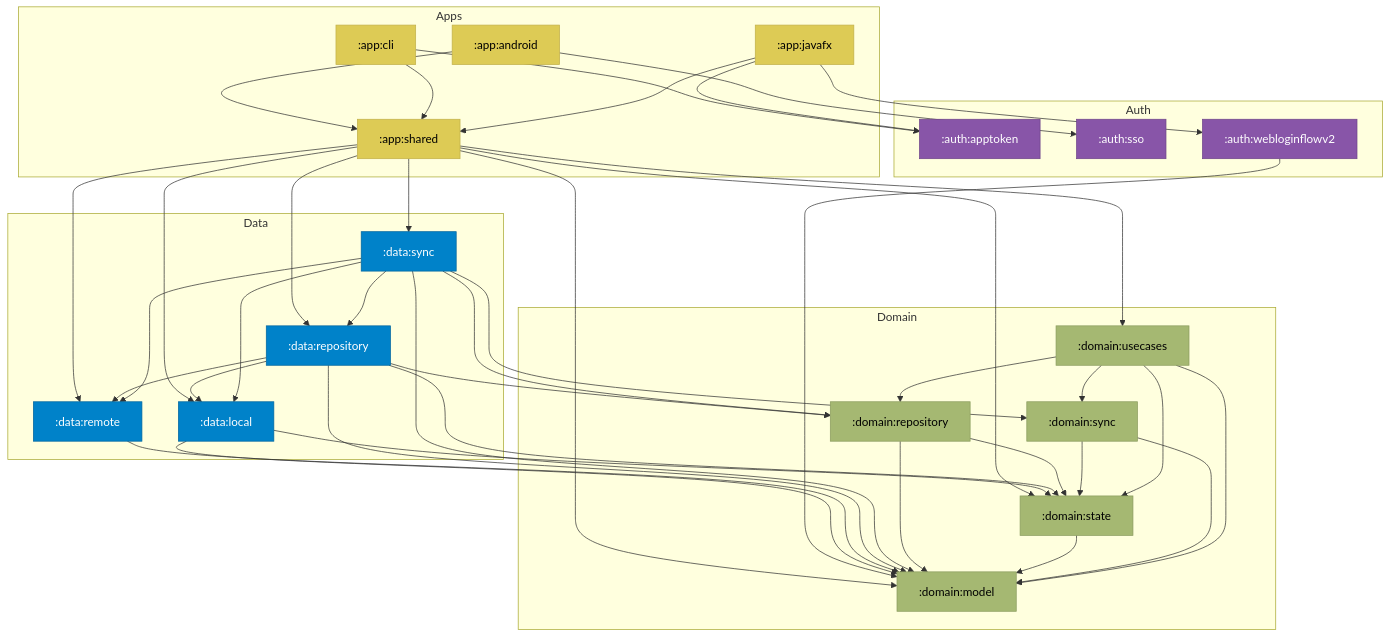
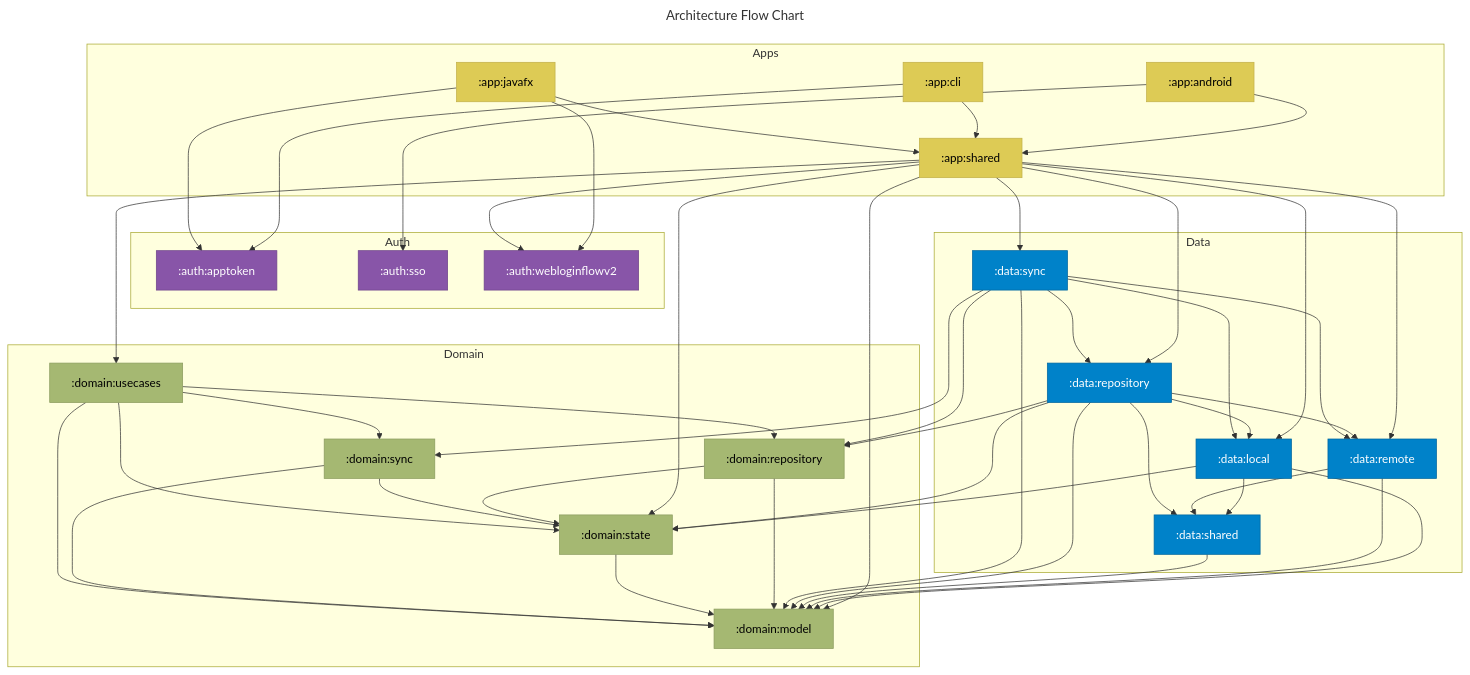
Before and after one commit to stefan-niedermann/nextcloud-deck: the first of 2 diagrams in docs/architecture.md, drawn with Mermaid. The commit also changed other lines of this file, not shown here.

Commit message:
chore(docs): Update architecture documentation

````diff
--- a/docs/architecture.md
+++ b/docs/architecture.md
@@ -9,4 +9,8 @@
 ```mermaid
+---
+title: Architecture Flow Chart
+---
+
 graph TD
     classDef app color:#000000,fill:#ddcb55,stroke:#c2b14a
     classDef auth color:#ffffff,fill:#8855a8,stroke:#6f458a
@@ -31,6 +35,7 @@
         remote[":data:remote"]:::data
         repository_data[":data:repository"]:::data
         sync_data[":data:sync"]:::data
+        shared_data[":data:shared"]:::data
     end
 
     subgraph Domain
@@ -59,21 +64,26 @@
     shared --> remote
     shared --> repository_data
     shared --> sync_data
+    shared --> weblogin
 
     %% Auth Dependencies
-    weblogin --> model
 
     %% Data Dependencies
     local --> model
     local --> state
+    local --> shared_data
 
     remote --> model
+    remote --> shared_data
+
+    shared_data --> model
 
     repository_data --> model
     repository_data --> state
     repository_data --> repository_domain
     repository_data --> local
     repository_data --> remote
+    repository_data --> shared_data
 
     sync_data --> model
     sync_data --> repository_domain
````
